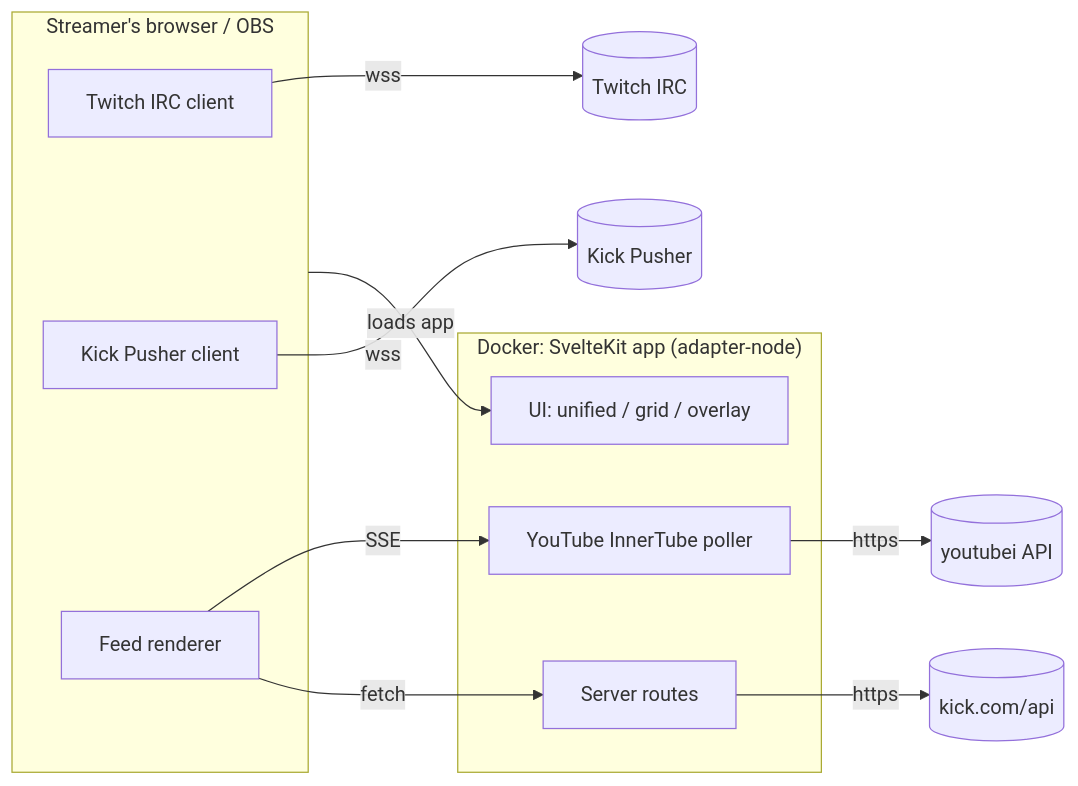
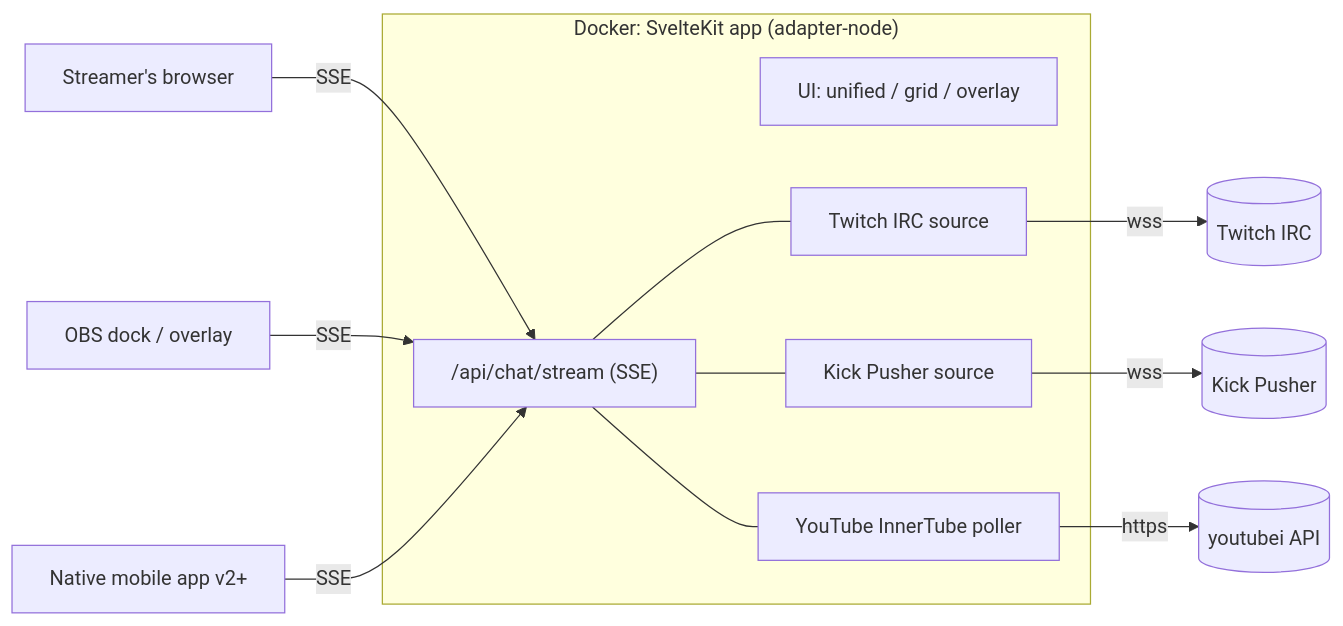
The diagram in docs/EDD.md (hk0i/all-chat), drawn with Mermaid before and after one commit. The commit also changed other lines of this file, not shown here.

Commit message:
[edd] update: shift to backend driven architecture to decouple ui for future mobile support and make connections to various streaming services more reliable

````diff
--- a/docs/EDD.md
+++ b/docs/EDD.md
@@ -82,20 +81,17 @@
 ```mermaid
 flowchart LR
   subgraph Container["Docker: SvelteKit app (adapter-node)"]
     UI[UI: unified / grid / overlay]
-    API[Server routes]
+    STREAM["/api/chat/stream (SSE)"]
+    TW[Twitch IRC source]
+    KW[Kick Pusher source]
     YT[YouTube InnerTube poller]
   end
-  subgraph Browser["Streamer's browser / OBS"]
-    TW[Twitch IRC client]
-    KW[Kick Pusher client]
-    FEED[Feed renderer]
-  end
-  Browser -- loads app --> UI
+  WEB[Streamer's browser] -- SSE --> STREAM
+  OBS[OBS dock / overlay] -- SSE --> STREAM
+  MOB[Native mobile app v2+] -- SSE --> STREAM
+  STREAM --- TW & KW & YT
   TW -- wss --> TwitchIRC[(Twitch IRC)]
   KW -- wss --> Pusher[(Kick Pusher)]
-  FEED -- SSE --> YT
-  FEED -- fetch --> API
-  API -- https --> KickAPI[(kick.com/api)]
   YT -- https --> InnerTube[(youtubei API)]
 ```
````
